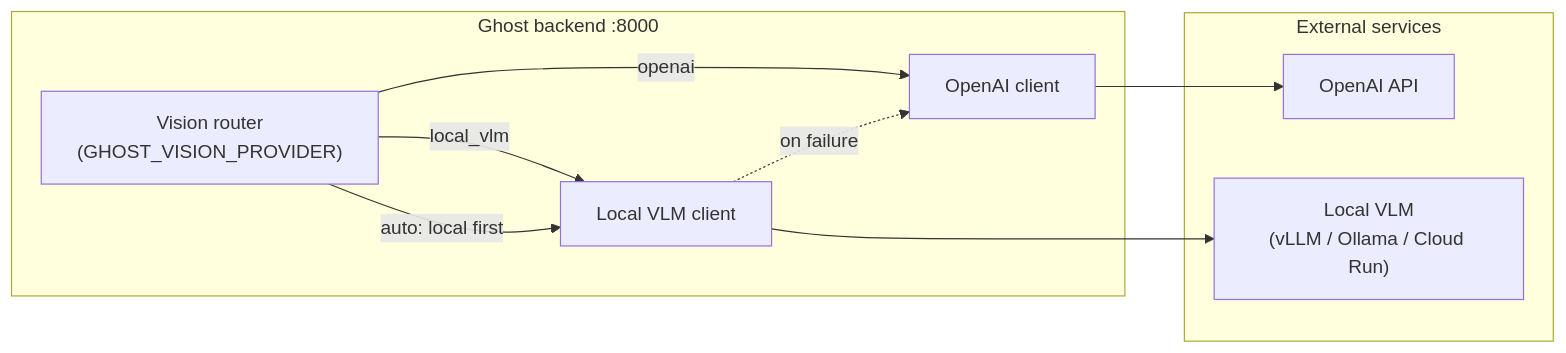
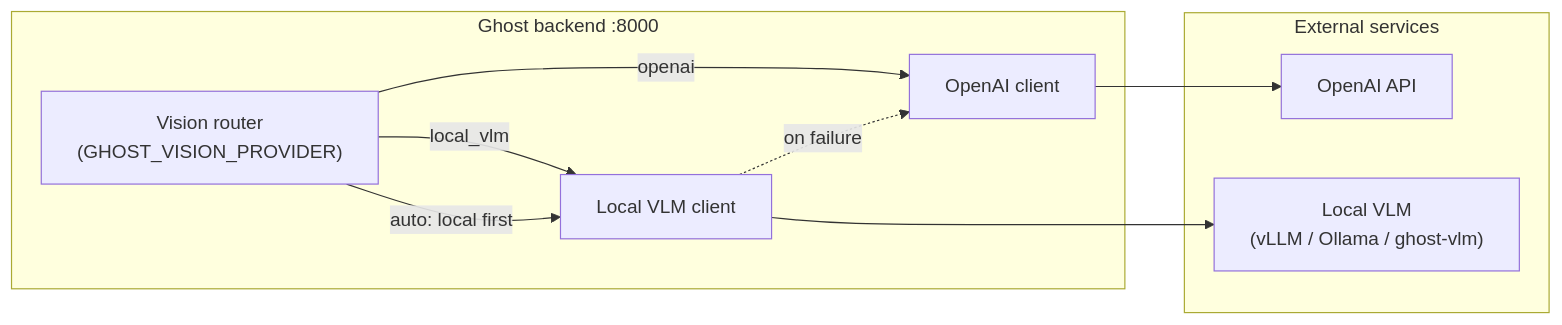
One commit to alexghost82/new-ghst changed the first of 2 diagrams in docs/local-vlm.md. Above: the diagram before and after it, drawn with Mermaid. The commit also changed other lines of this file and 3 other files, not shown here.

First line of the commit message:
docs: Agent H — local VLM and cloud deployment guides

````diff
--- a/docs/local-vlm.md
+++ b/docs/local-vlm.md
@@ -16,18 +16,18 @@
 ```mermaid
 flowchart LR
     subgraph ghost["Ghost backend :8000"]
         VP["Vision router<br/>(GHOST_VISION_PROVIDER)"]
         OA["OpenAI client"]
         LV["Local VLM client"]
     end
 
     subgraph external["External services"]
         OAI["OpenAI API"]
-        VLM["Local VLM<br/>(vLLM / Ollama / Cloud Run)"]
+        VLM["Local VLM<br/>(vLLM / Ollama / ghost-vlm)"]
     end
 
     VP -->|openai| OA --> OAI
     VP -->|local_vlm| LV --> VLM
     VP -->|auto: local first| LV
     LV -.->|on failure| OA
 ```
````
